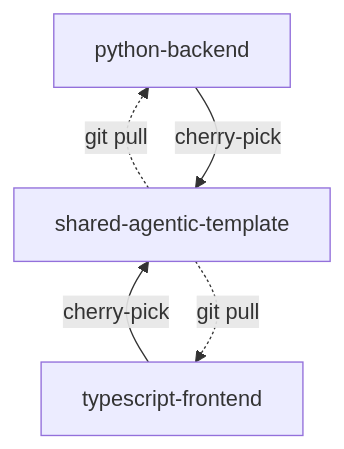
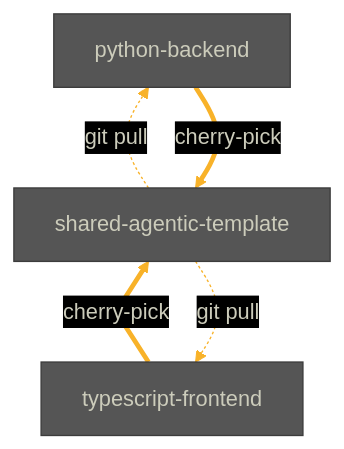
One commit to lifeinchords/claude-code-skills changed the diagram in README.md. Above: the diagram before and after it, drawn with Mermaid. The commit also changed other lines of this file and 8 other files, not shown here.

First line of the commit message:
Refactor upstream-cherry-pick skill for progressive disclosure

````diff
--- a/README.md
+++ b/README.md
@@ -11,7 +11,19 @@
 ```mermaid
+---
+config:
+  theme: 'base'
+  themeVariables:
+    titleColor: '#aaa'
+    primaryColor: '#555'
+    primaryTextColor: '#ccb'
+    lineColor: '#F8B229'
+    secondaryColor: '#006100'
+    edgeLabelBackground: '#000'
+---
 flowchart BT
-    ts[typescript-frontend] -->|cherry-pick| upstream[shared-agentic-template]
-    py[python-backend] -->|cherry-pick| upstream
+    ts[typescript-frontend] linear@==>|cherry-pick| upstream[shared-agentic-template]
+    py[python-backend] linear@==>|cherry-pick| upstream
     upstream -.->|git pull| ts
     upstream -.->|git pull| py
+    linear@{ curve: linear }
 ```
````
